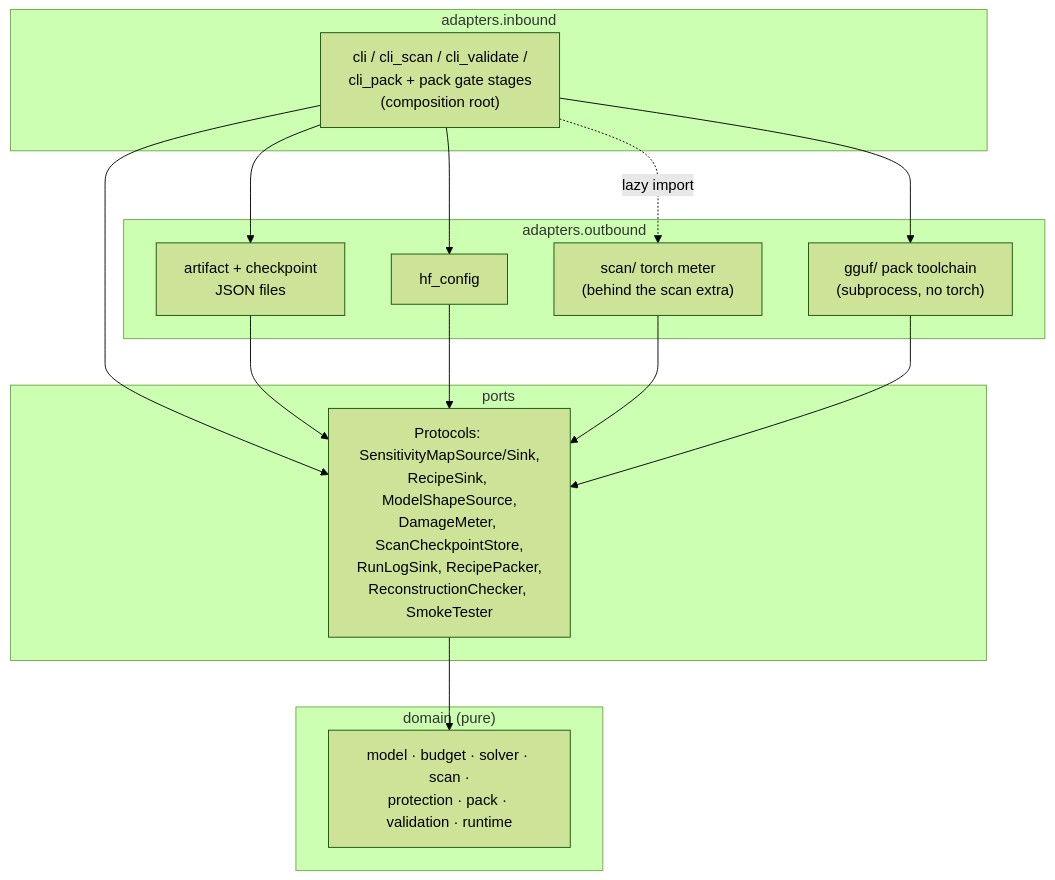
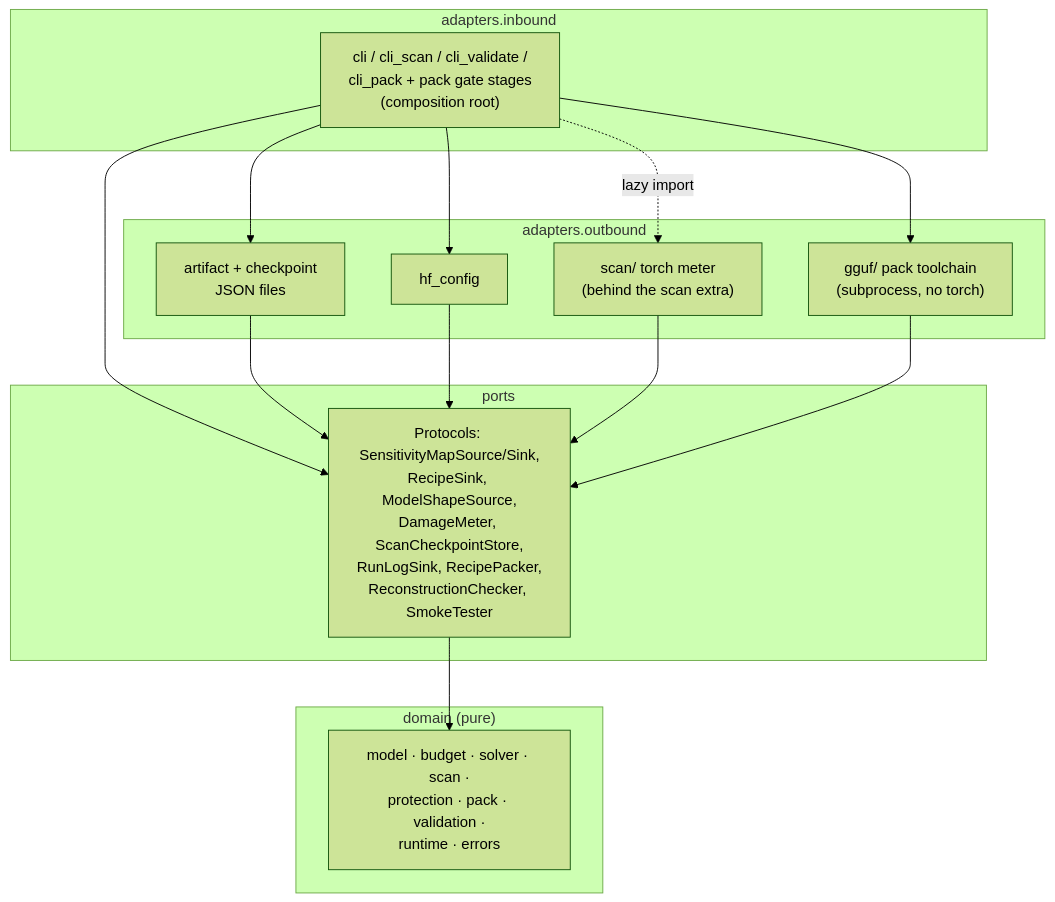
One commit to Alberto-Codes/vramfit changed the second of 3 diagrams in docs/explanation/architecture.md. Above: the diagram before and after it, drawn with Mermaid (forest theme). The commit also changed other lines of this file and 11 other files, not shown here.

````diff
--- a/docs/explanation/architecture.md
+++ b/docs/explanation/architecture.md
@@ -55,28 +55,28 @@
 ```mermaid
 flowchart TD
     subgraph inbound["adapters.inbound"]
         CLI["cli / cli_scan / cli_validate /<br/>cli_pack + pack gate stages<br/>(composition root)"]
     end
     subgraph outbound["adapters.outbound"]
         JSONAD["artifact + checkpoint<br/>JSON files"]
         HF["hf_config"]
         TORCH["scan/ torch meter<br/>(behind the scan extra)"]
         GGUF["gguf/ pack toolchain<br/>(subprocess, no torch)"]
     end
     subgraph ports["ports"]
         P["Protocols: SensitivityMapSource/Sink,<br/>RecipeSink, ModelShapeSource,<br/>DamageMeter, ScanCheckpointStore,<br/>RunLogSink, RecipePacker,<br/>ReconstructionChecker, SmokeTester"]
     end
     subgraph domain["domain (pure)"]
-        D["model · budget · solver · scan ·<br/>protection · pack · validation · runtime"]
+        D["model · budget · solver · scan ·<br/>protection · pack · validation ·<br/>runtime · errors"]
     end
     CLI --> JSONAD
     CLI --> HF
     CLI -.->|lazy import| TORCH
     CLI --> GGUF
     CLI --> P
     JSONAD --> P
     HF --> P
     TORCH --> P
     GGUF --> P
     P --> D
 ```
````
